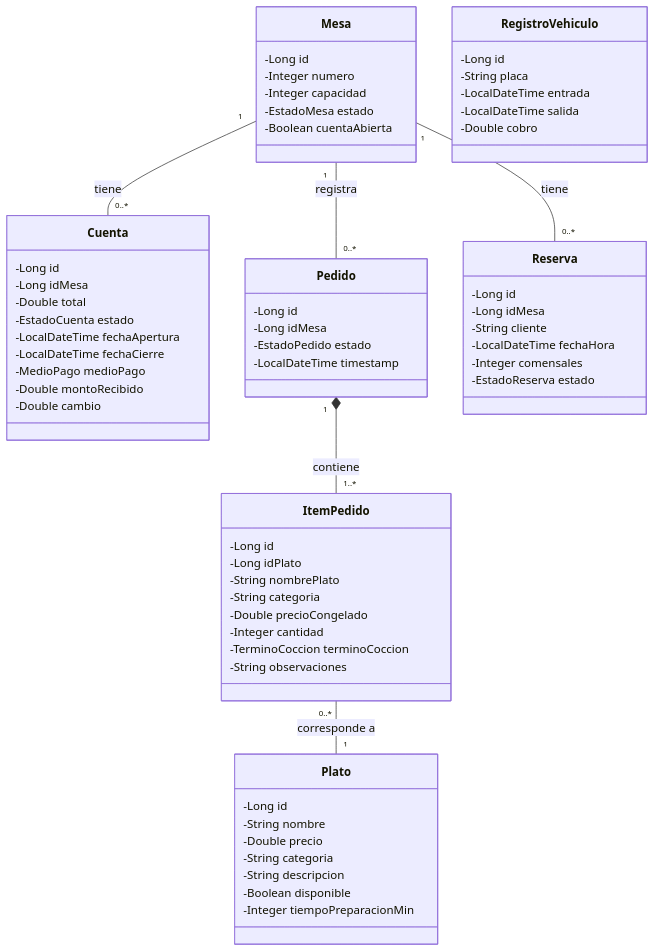
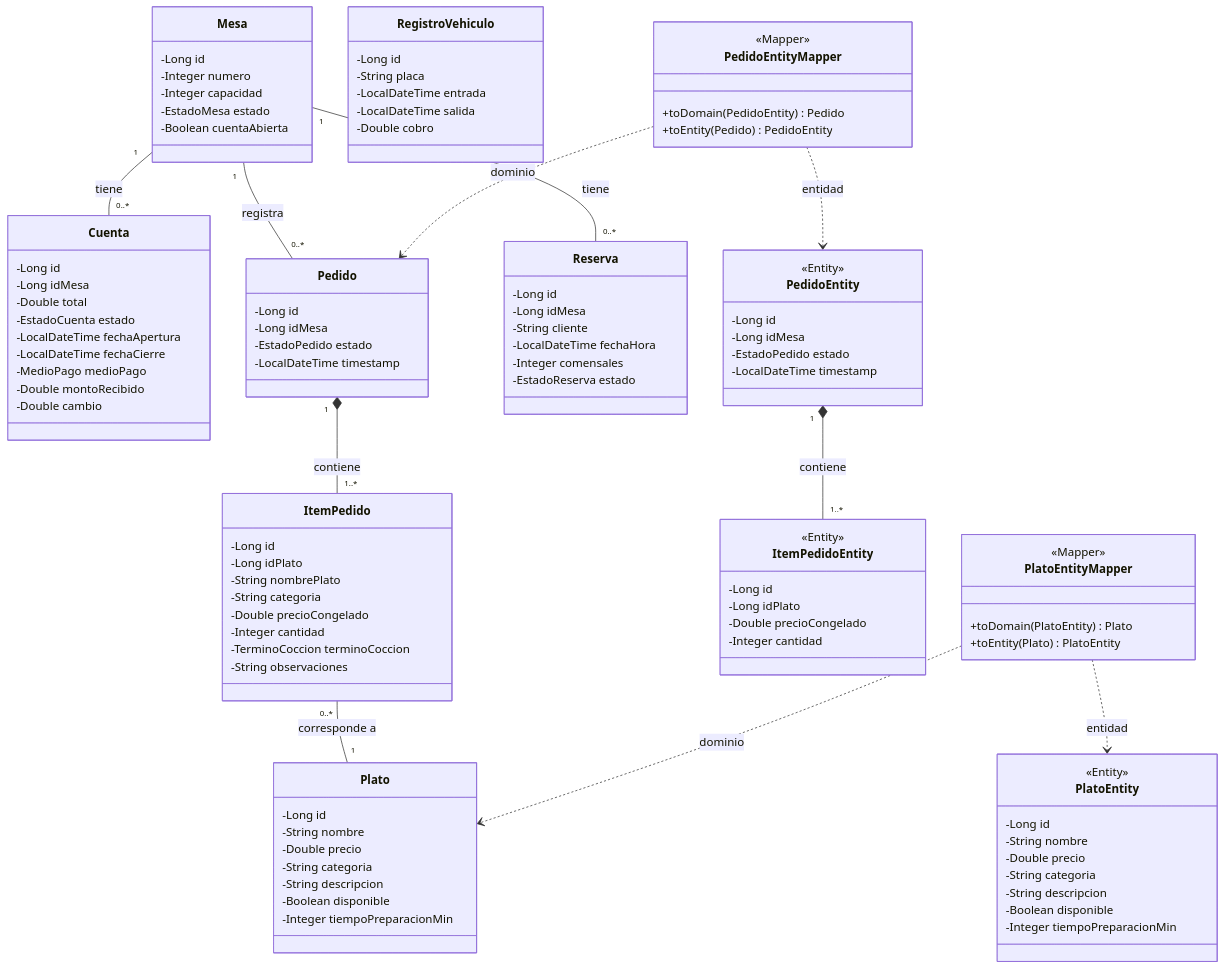
Before and after one commit to JulianMorales2003/Bitacora_Corte2_JulianMorales: the first of 3 diagrams in README.md, drawn with Mermaid. The commit also changed other lines of this file, not shown here.

````diff
--- a/README.md
+++ b/README.md
@@ -152,9 +154,49 @@
         -Double cobro
     }
  
+    class PlatoEntity {
+        <<Entity>>
+        -Long id
+        -String nombre
+        -Double precio
+        -String categoria
+        -String descripcion
+        -Boolean disponible
+        -Integer tiempoPreparacionMin
+    }
+    class PedidoEntity {
+        <<Entity>>
+        -Long id
+        -Long idMesa
+        -EstadoPedido estado
+        -LocalDateTime timestamp
+    }
+    class ItemPedidoEntity {
+        <<Entity>>
+        -Long id
+        -Long idPlato
+        -Double precioCongelado
+        -Integer cantidad
+    }
+    class PlatoEntityMapper {
+        <<Mapper>>
+        +toDomain(PlatoEntity) Plato
+        +toEntity(Plato) PlatoEntity
+    }
+    class PedidoEntityMapper {
+        <<Mapper>>
+        +toDomain(PedidoEntity) Pedido
+        +toEntity(Pedido) PedidoEntity
+    }
+
     Mesa "1" -- "0..*" Cuenta : tiene
     Mesa "1" -- "0..*" Pedido : registra
     Mesa "1" -- "0..*" Reserva : tiene
     Pedido "1" *-- "1..*" ItemPedido : contiene
     ItemPedido "0..*" -- "1" Plato : corresponde a
+    PedidoEntity "1" *-- "1..*" ItemPedidoEntity : contiene
+    PlatoEntityMapper ..> Plato : dominio
+    PlatoEntityMapper ..> PlatoEntity : entidad
+    PedidoEntityMapper ..> Pedido : dominio
+    PedidoEntityMapper ..> PedidoEntity : entidad
 ```
````
